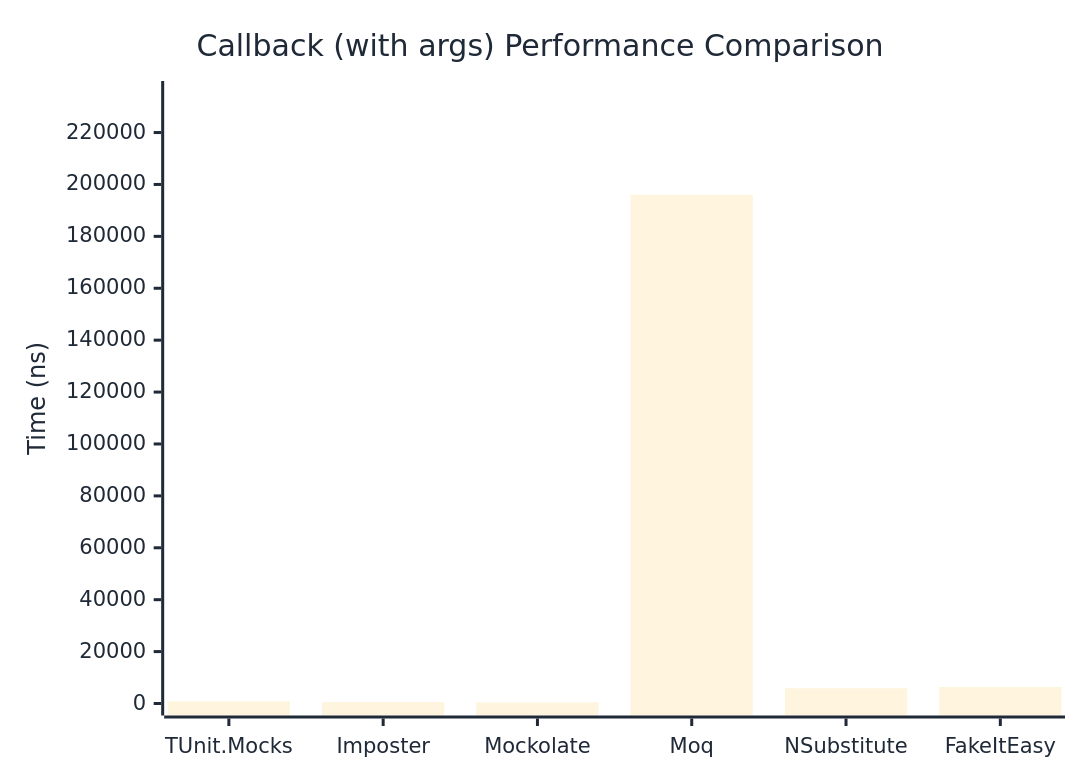
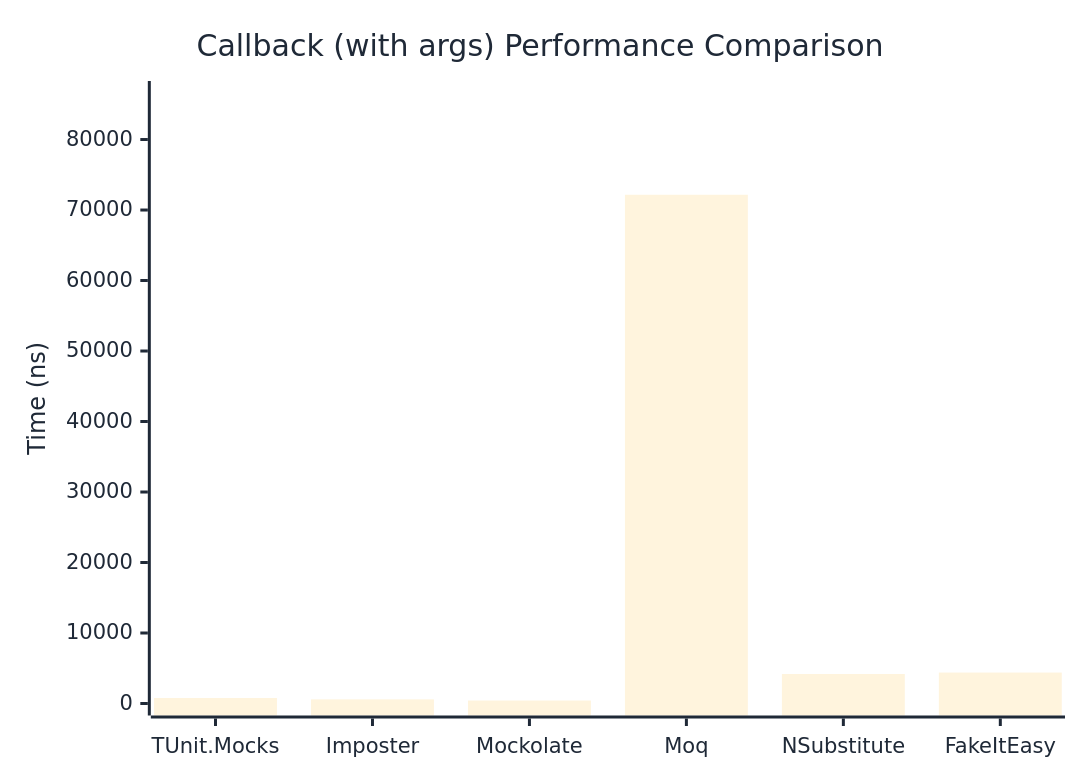
One commit to thomhurst/TUnit changed the second of 2 diagrams in docs/docs/benchmarks/mocks/Callback.md. Above: the diagram before and after it, drawn with Mermaid. The commit also changed other lines of this file and 14 other files, not shown here.

````diff
--- a/docs/docs/benchmarks/mocks/Callback.md
+++ b/docs/docs/benchmarks/mocks/Callback.md
@@ -71,27 +71,27 @@
 ```mermaid
 %%{init: {
   'theme':'base',
   'themeVariables': {
     'primaryColor': '#2563eb',
     'primaryTextColor': '#1f2937',
     'primaryBorderColor': '#1e40af',
     'lineColor': '#6b7280',
     'secondaryColor': '#7c3aed',
     'tertiaryColor': '#dc2626',
     'background': '#ffffff',
     'pie1': '#2563eb',
     'pie2': '#7c3aed',
     'pie3': '#dc2626',
     'pie4': '#f59e0b',
     'pie5': '#10b981',
     'pie6': '#06b6d4',
     'pie7': '#ec4899',
     'pie8': '#6366f1'
   }
 }}%%
 xychart-beta
   title "Callback (with args) Performance Comparison"
   x-axis ["TUnit.Mocks", "Imposter", "Mockolate", "Moq", "NSubstitute", "FakeItEasy"]
-  y-axis "Time (ns)" 0 --> 235237
-  bar [846.6, 569.1, 439.3, 196030.5, 5870.3, 6363]
+  y-axis "Time (ns)" 0 --> 86600
+  bar [783.6, 585.8, 421.7, 72166, 4186.2, 4388.5]
 ```
````
